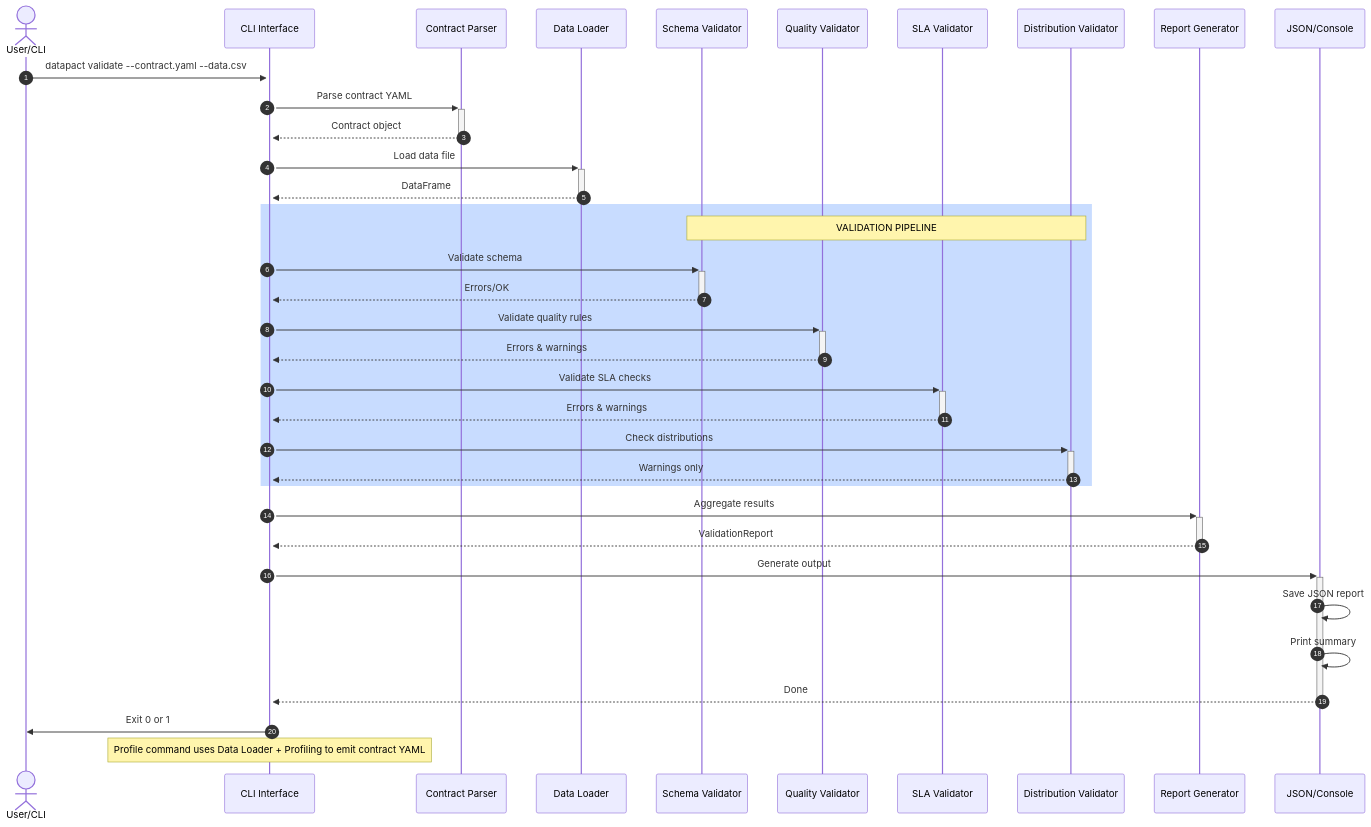
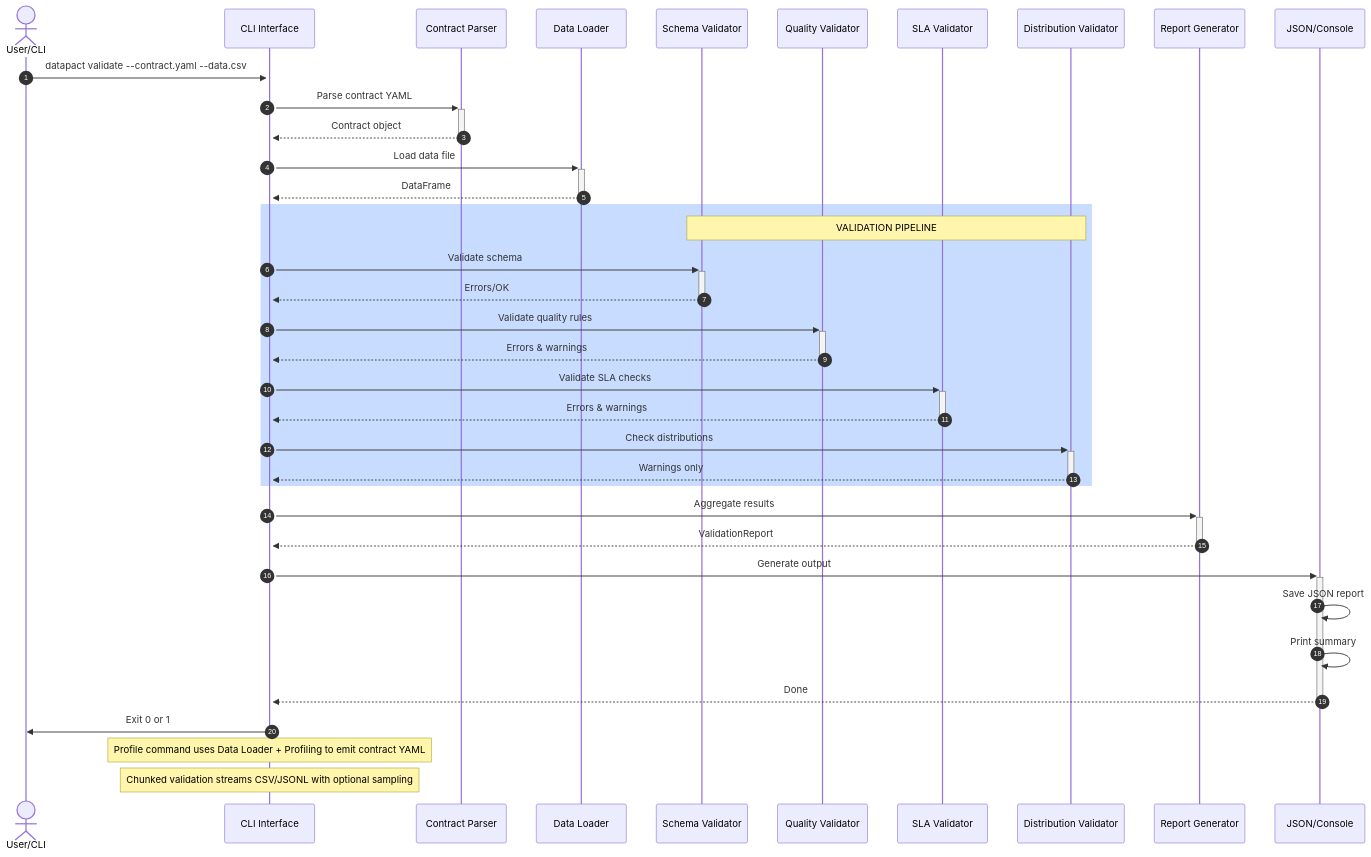
One commit to meetnishant/DataPact changed the diagram in docs/sequenceDiagram.mmd. Above: the diagram before and after it, drawn with Mermaid. The commit also changed 22 other files, not shown here.

Commit message:
Add chunked validation and sampling

```diff
--- a/docs/sequenceDiagram.mmd
+++ b/docs/sequenceDiagram.mmd
@@ -1,46 +1,47 @@
 sequenceDiagram
     autonumber
     actor User as User/CLI
     participant CLI as CLI Interface
     participant Parser as Contract Parser
     participant Loader as Data Loader
     participant Schema as Schema Validator
     participant Quality as Quality Validator
     participant SLA as SLA Validator
     participant Distribution as Distribution Validator
     participant Reporter as Report Generator
     participant Output as JSON/Console
 
     User->>+CLI: datapact validate --contract.yaml --data.csv
     CLI->>+Parser: Parse contract YAML
     Parser-->>-CLI: Contract object
     
     CLI->>+Loader: Load data file
     Loader-->>-CLI: DataFrame
     
     rect rgb(200, 220, 255)
     Note over Schema,Distribution: VALIDATION PIPELINE
     CLI->>+Schema: Validate schema
     Schema-->>-CLI: Errors/OK
     
     CLI->>+Quality: Validate quality rules
     Quality-->>-CLI: Errors & warnings
 
     CLI->>+SLA: Validate SLA checks
     SLA-->>-CLI: Errors & warnings
     
     CLI->>+Distribution: Check distributions
     Distribution-->>-CLI: Warnings only
     end
     
     CLI->>+Reporter: Aggregate results
     Reporter-->>-CLI: ValidationReport
     
     CLI->>+Output: Generate output
     Output->>Output: Save JSON report
     Output->>Output: Print summary
     Output-->>-CLI: Done
     
     CLI->>User: Exit 0 or 1
 
     Note over CLI: Profile command uses Data Loader + Profiling to emit contract YAML
+    Note over CLI: Chunked validation streams CSV/JSONL with optional sampling
```
